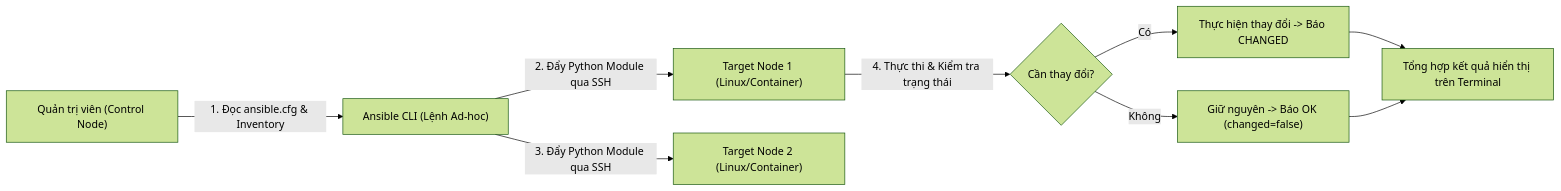
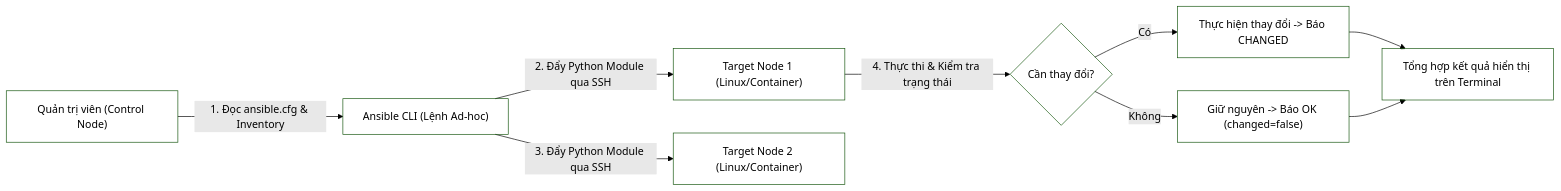
One commit to kiennt308/ntk changed the second of 3 diagrams in _posts/2026-09-13-ansible-02-02-cai-dat-kien-truc-ad-hoc.md. Above: the diagram before and after it, drawn with Mermaid (forest theme). The commit also changed other lines of this file and 30 other files, not shown here.

````diff
--- a/_posts/2026-09-13-ansible-02-02-cai-dat-kien-truc-ad-hoc.md
+++ b/_posts/2026-09-13-ansible-02-02-cai-dat-kien-truc-ad-hoc.md
@@ -278,11 +287,20 @@
 ```mermaid
 flowchart LR
     A["Quản trị viên (Control Node)"] -->|"1. Đọc ansible.cfg & Inventory"| B["Ansible CLI (Lệnh Ad-hoc)"]
     B -->|"2. Đẩy Python Module qua SSH"| C["Target Node 1 (Linux/Container)"]
     B -->|"3. Đẩy Python Module qua SSH"| D["Target Node 2 (Linux/Container)"]
     C -->|"4. Thực thi & Kiểm tra trạng thái"| C1{"Cần thay đổi?"}
     C1 -- Có --> C2["Thực hiện thay đổi -> Báo CHANGED"]
     C1 -- Không --> C3["Giữ nguyên -> Báo OK (changed=false)"]
     C2 --> E["Tổng hợp kết quả hiển thị trên Terminal"]
     C3 --> E
+
+    style A fill:none
+    style B fill:none
+    style C fill:none
+    style D fill:none
+    style C1 fill:none
+    style C2 fill:none
+    style C3 fill:none
+    style E fill:none
 ```
````
